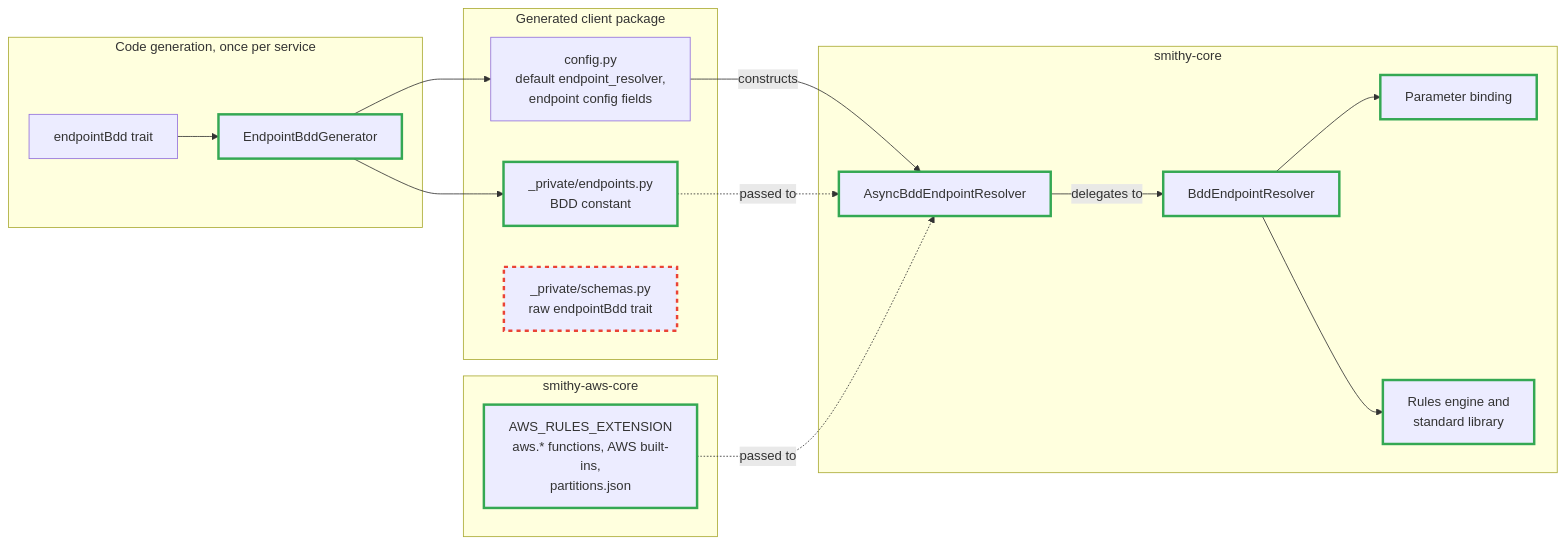
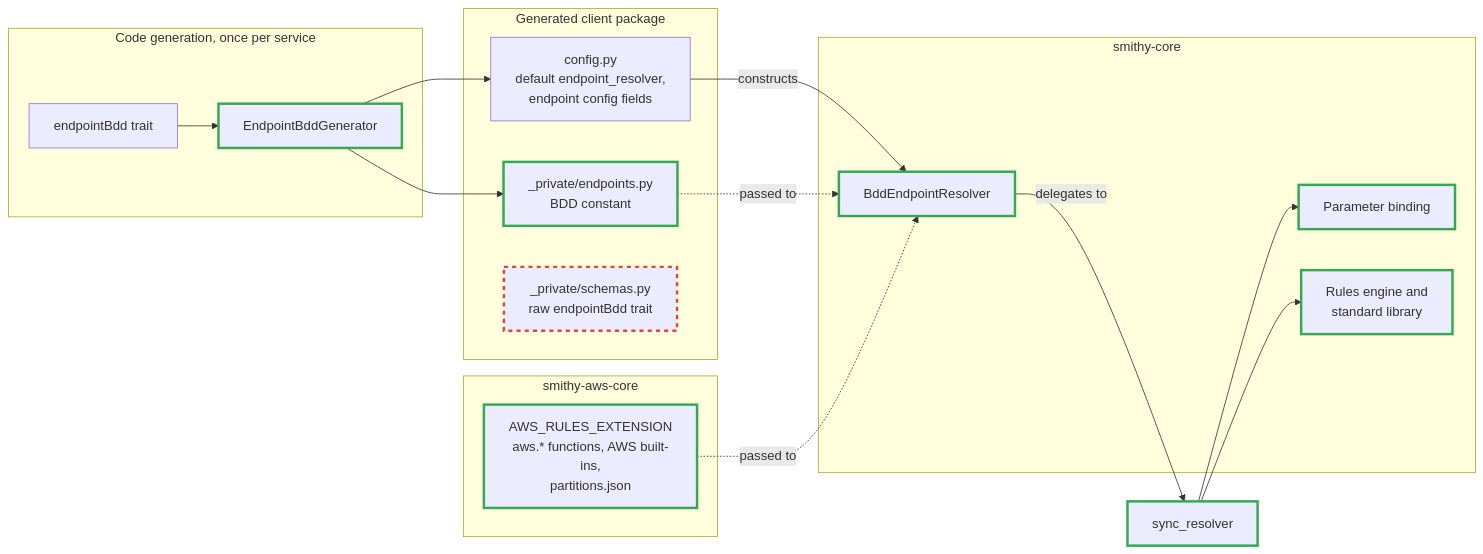
One commit to smithy-lang/smithy-python changed the second of 5 diagrams in designs/endpoints.md. Above: the diagram before and after it, drawn with Mermaid. The commit also changed other lines of this file and 343 other files, not shown here.

````diff
--- a/designs/endpoints.md
+++ b/designs/endpoints.md
@@ -125,35 +125,34 @@
 ```mermaid
 flowchart LR
     subgraph codegen["Code generation, once per service"]
         trait["endpointBdd trait"] --> generator["EndpointBddGenerator"]
     end
 
     subgraph client["Generated client package"]
         bdd["_private/endpoints.py<br/>BDD constant"]
         config["config.py<br/>default endpoint_resolver,<br/>endpoint config fields"]
         raw["_private/schemas.py<br/>raw endpointBdd trait"]
     end
 
     subgraph core["smithy-core"]
-        resolver["AsyncBddEndpointResolver"]
-        sync_resolver["BddEndpointResolver"]
+        resolver["BddEndpointResolver"]
         binding["Parameter binding"]
         engine["Rules engine and<br/>standard library"]
     end
 
     subgraph aws["smithy-aws-core"]
         extension["AWS_RULES_EXTENSION<br/>aws.* functions, AWS built-ins,<br/>partitions.json"]
     end
 
     generator --> bdd & config
     config -- "constructs" --> resolver
     bdd -. "passed to" .-> resolver
     extension -. "passed to" .-> resolver
     resolver -- "delegates to" --> sync_resolver
     sync_resolver --> binding & engine
 
     classDef new stroke:#34a853,stroke-width:3px
     classDef removed stroke:#ea4335,stroke-width:3px,stroke-dasharray:5 5
     class generator,bdd,resolver,sync_resolver,binding,engine,extension new
     class raw removed
 ```
````
